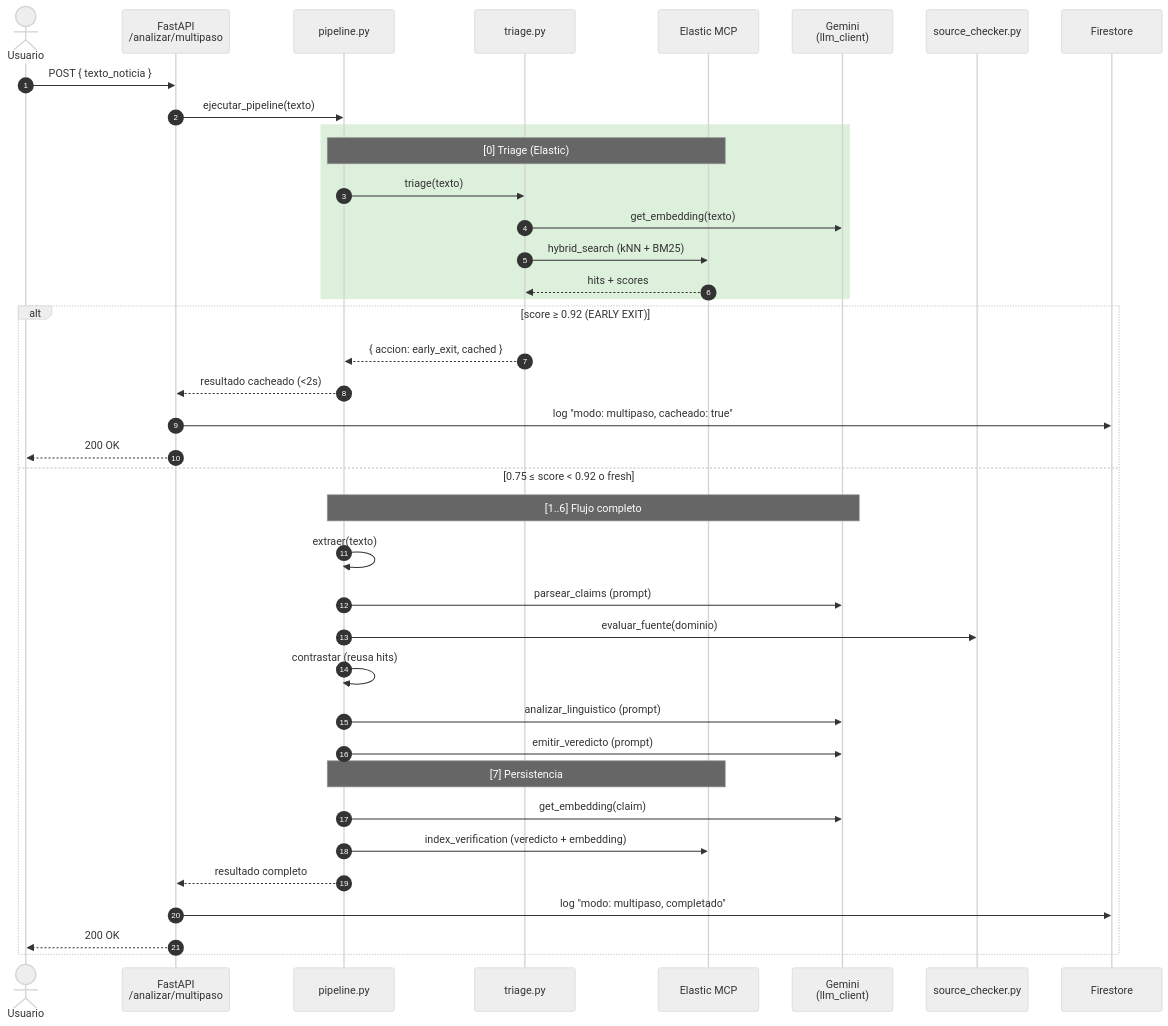
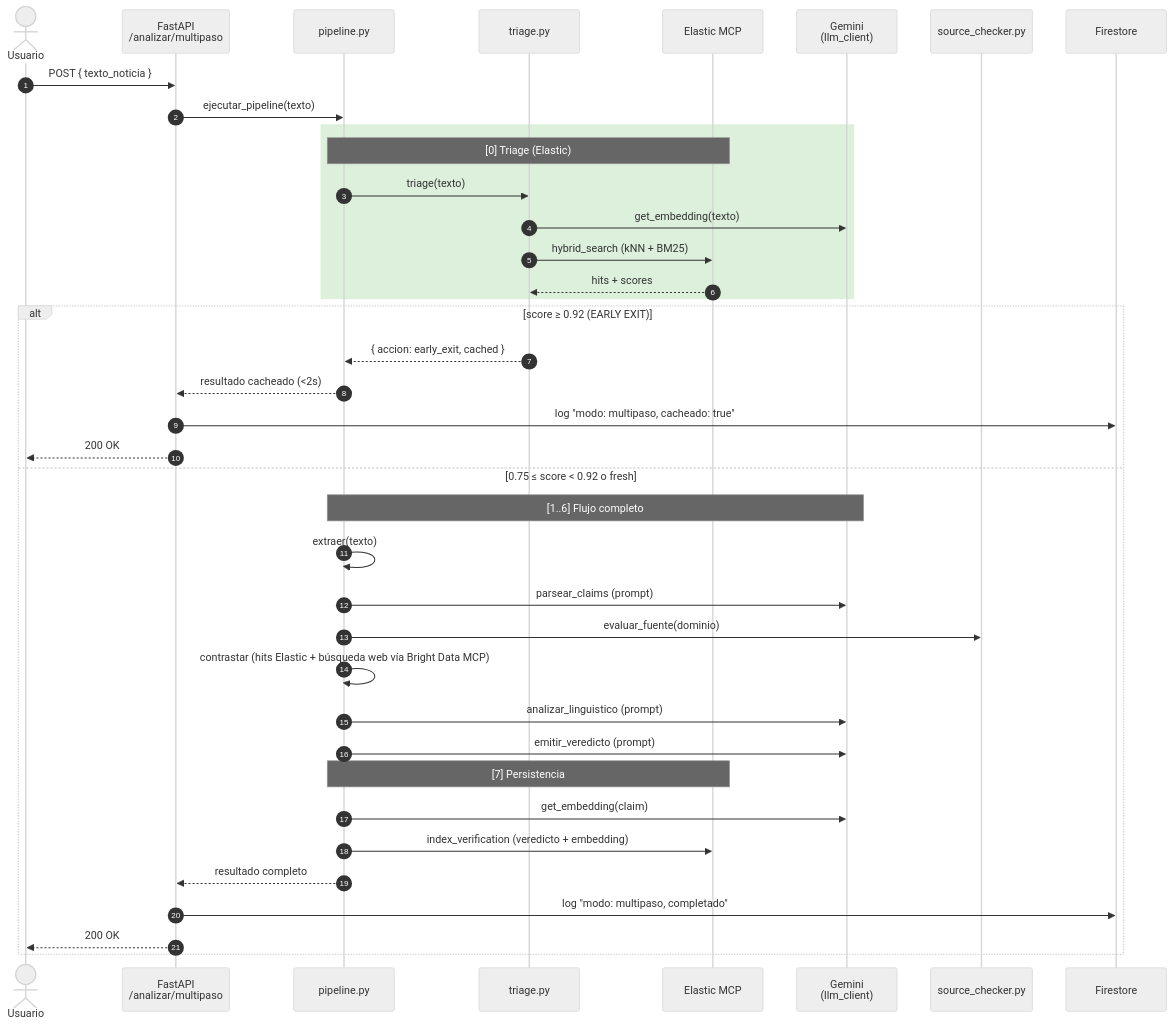
The second of 6 diagrams in docs/architecture.md (mariana-ruge/Hackaton-Fake-News), drawn with Mermaid (neutral theme) before and after one commit. The commit also changed other lines of this file and 5 other files, not shown here.

````diff
--- a/docs/architecture.md
+++ b/docs/architecture.md
@@ -70,45 +70,45 @@
 ```mermaid
 sequenceDiagram
     autonumber
     actor User as Usuario
     participant API as FastAPI<br/>/analizar/multipaso
     participant P as pipeline.py
     participant TR as triage.py
     participant ES as Elastic MCP
     participant LLM as Gemini<br/>(llm_client)
     participant SC as source_checker.py
     participant FS as Firestore
 
     User->>API: POST { texto_noticia }
     API->>P: ejecutar_pipeline(texto)
 
     rect rgb(220, 240, 220)
         Note over P,ES: [0] Triage (Elastic)
         P->>TR: triage(texto)
         TR->>LLM: get_embedding(texto)
         TR->>ES: hybrid_search (kNN + BM25)
         ES-->>TR: hits + scores
     end
 
     alt score ≥ 0.92  (EARLY EXIT)
         TR-->>P: { accion: early_exit, cached }
         P-->>API: resultado cacheado (<2s)
         API->>FS: log "modo: multipaso, cacheado: true"
         API-->>User: 200 OK
     else 0.75 ≤ score < 0.92  o  fresh
         Note over P,LLM: [1..6] Flujo completo
         P->>P: extraer(texto)
         P->>LLM: parsear_claims (prompt)
         P->>SC: evaluar_fuente(dominio)
-        P->>P: contrastar (reusa hits)
+        P->>P: contrastar (hits Elastic + búsqueda web vía Bright Data MCP)
         P->>LLM: analizar_linguistico (prompt)
         P->>LLM: emitir_veredicto (prompt)
 
         Note over P,ES: [7] Persistencia
         P->>LLM: get_embedding(claim)
         P->>ES: index_verification (veredicto + embedding)
         P-->>API: resultado completo
         API->>FS: log "modo: multipaso, completado"
         API-->>User: 200 OK
     end
 ```
````
